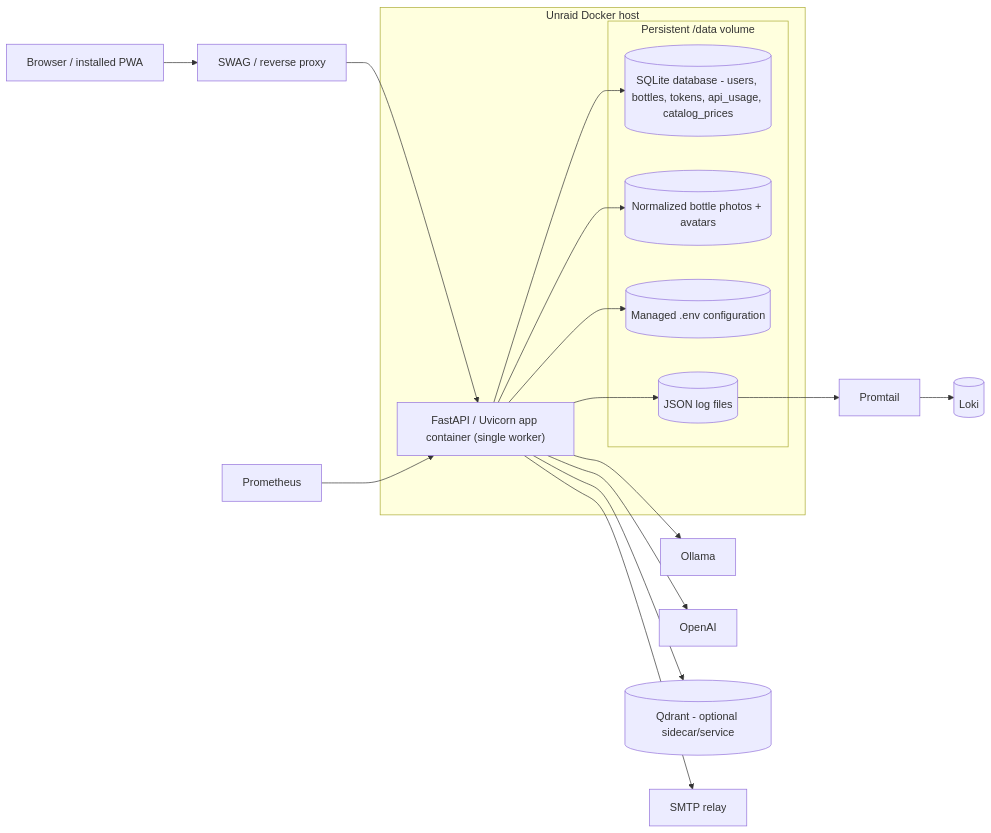
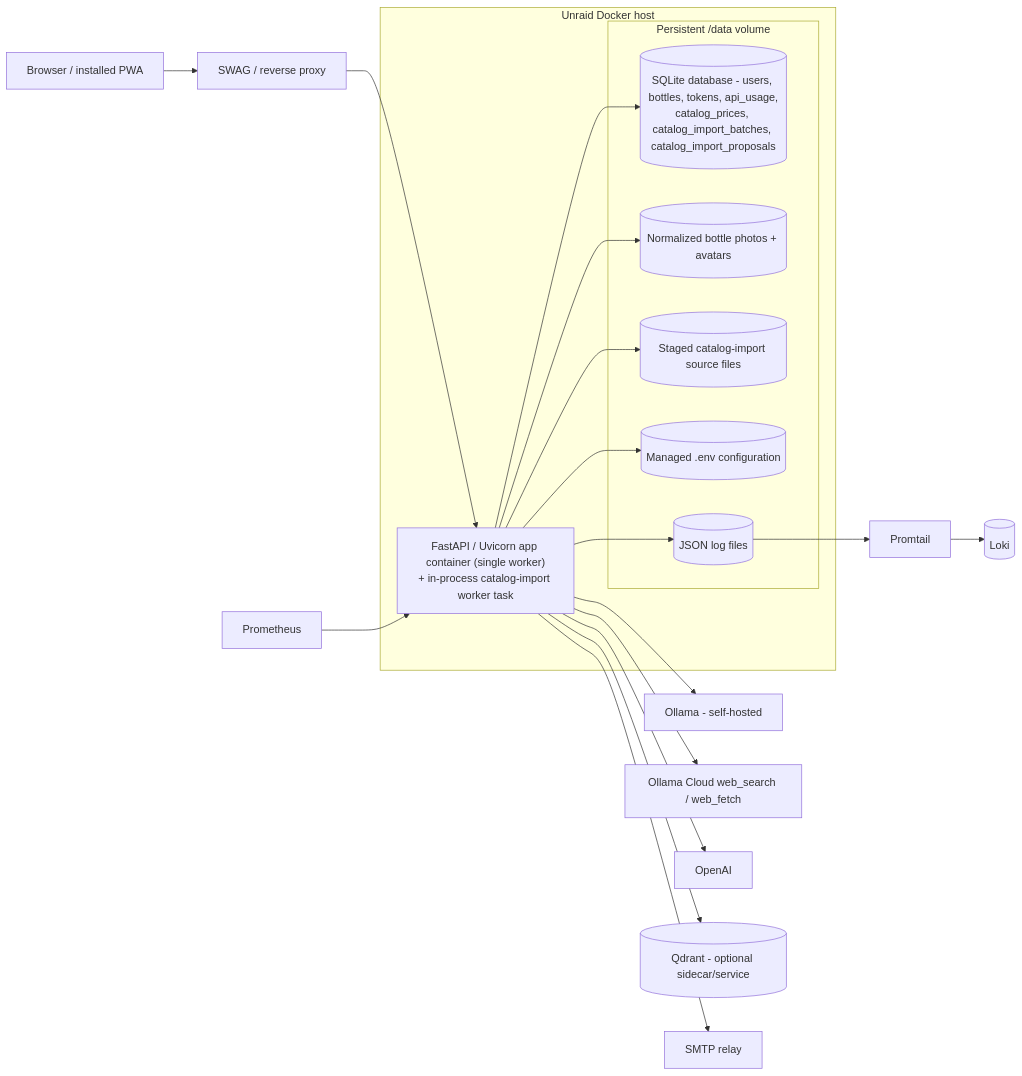
Before and after one commit to adhatcher-org/bourbonbook: the diagram in docs/architecture/c2-containers.md, drawn with Mermaid. The commit also changed other lines of this file and 21 other files, not shown here.

````diff
--- a/docs/architecture/c2-containers.md
+++ b/docs/architecture/c2-containers.md
@@ -10,39 +10,43 @@
 ```mermaid
 flowchart LR
   browser[Browser / installed PWA]
   swag[SWAG / reverse proxy]
 
   subgraph docker["Unraid Docker host"]
-    app["FastAPI / Uvicorn app container (single worker)"]
+    app["FastAPI / Uvicorn app container (single worker)<br/>+ in-process catalog-import worker task"]
 
     subgraph data["Persistent /data volume"]
-      sqlite[(SQLite database - users, bottles, tokens, api_usage, catalog_prices)]
+      sqlite[(SQLite database - users, bottles, tokens, api_usage,<br/>catalog_prices, catalog_import_batches, catalog_import_proposals)]
       uploads[(Normalized bottle photos + avatars)]
+      imports[(Staged catalog-import source files)]
       config[(Managed .env configuration)]
       logs[(JSON log files)]
     end
   end
 
-  ollama[Ollama]
+  ollama[Ollama - self-hosted]
+  ollama_cloud[Ollama Cloud web_search / web_fetch]
   openai[OpenAI]
   qdrant[(Qdrant - optional sidecar/service)]
   smtp[SMTP relay]
   prometheus[Prometheus]
   promtail[Promtail]
   loki[(Loki)]
 
   browser --> swag --> app
 
   app --> sqlite
   app --> uploads
+  app --> imports
   app --> config
   app --> logs
 
   app --> ollama
+  app --> ollama_cloud
   app --> openai
   app --> qdrant
   app --> smtp
 
   prometheus --> app
   logs --> promtail --> loki
 ```
````
